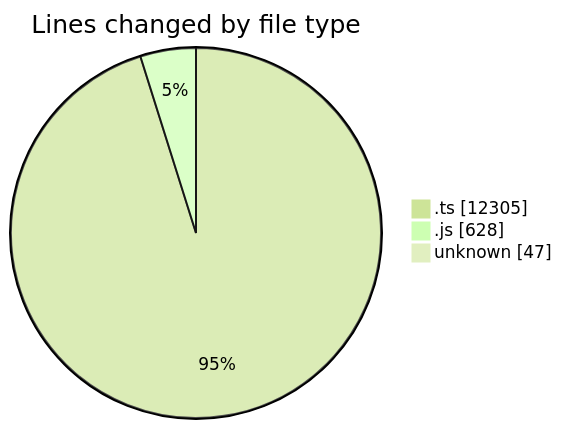
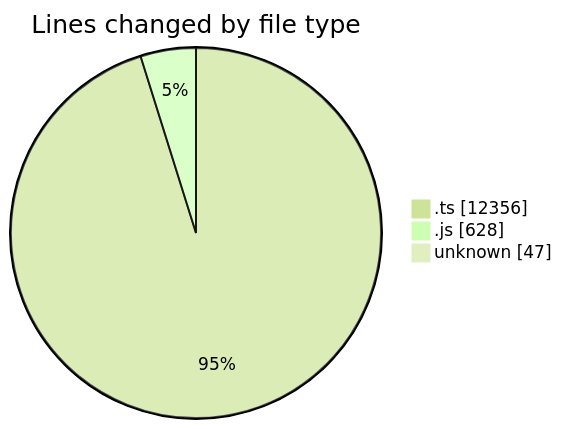
The first of 2 diagrams in 2025-09-05/cda/README.md (momahboobian/code-tracking), drawn with Mermaid (forest theme) before and after one commit. The commit also changed other lines of this file and 1 other file, not shown here.

````diff
--- a/2025-09-05/cda/README.md
+++ b/2025-09-05/cda/README.md
@@ -25,7 +25,7 @@
 ```mermaid
 pie showData
 title Lines changed by file type
-".ts" : 12305
+".ts" : 12356
 ".js" : 628
 "unknown" : 47
 ```
````
